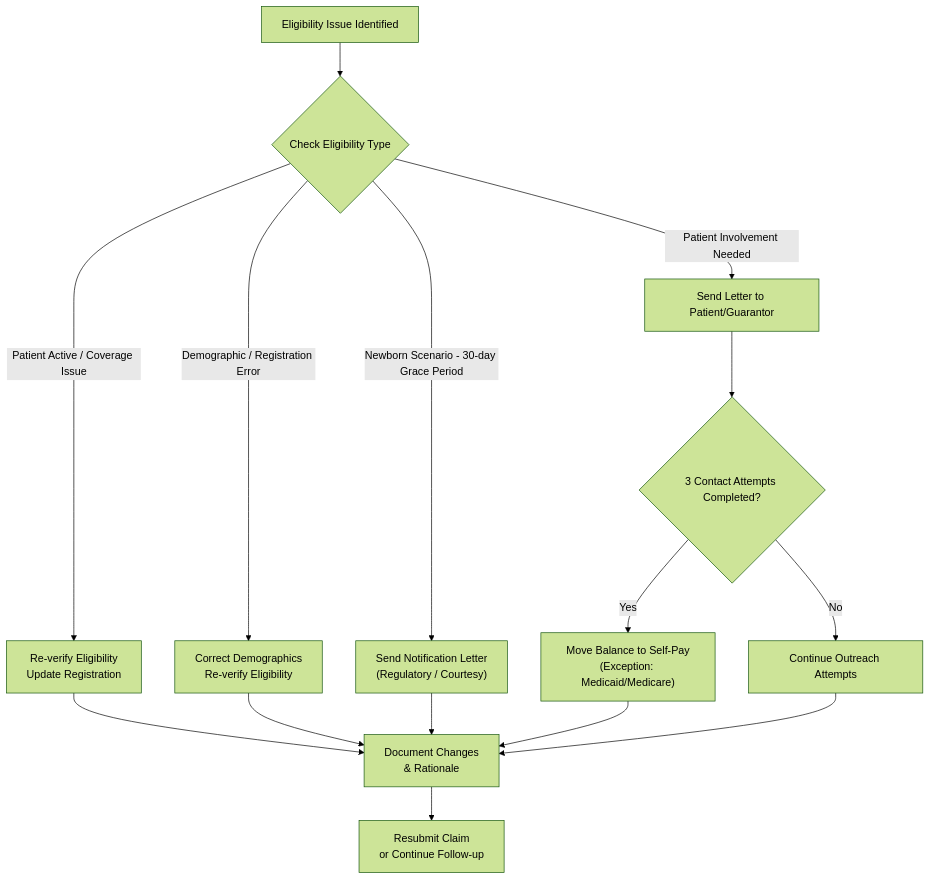
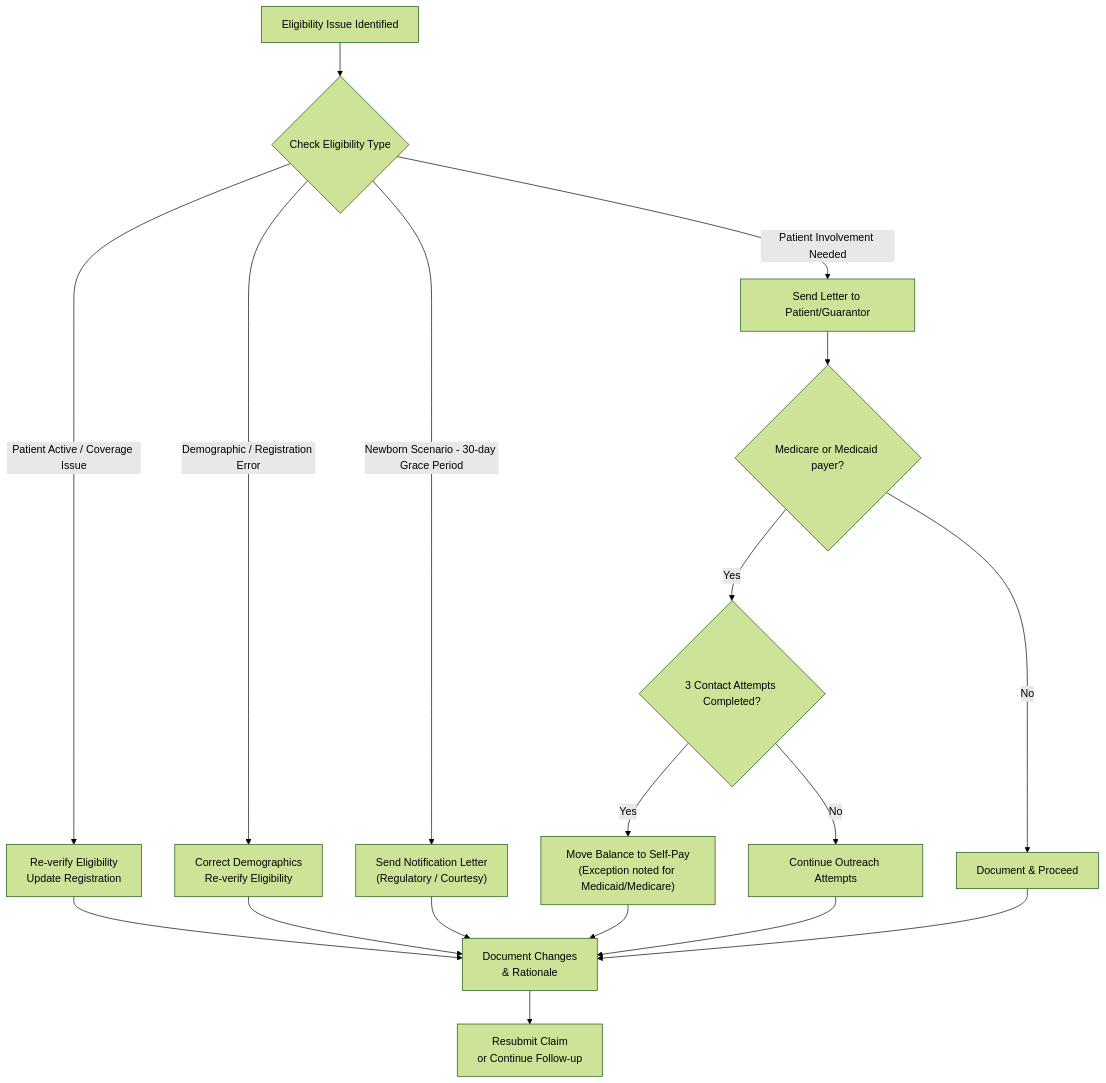
Before and after one commit to shainemeister/revenue-cycle-sop-and-workflow-framework: the first of 3 diagrams in workflows/registration-workflow.md, drawn with Mermaid (forest theme). The commit also changed other lines of this file, not shown here.

Commit message:
Update to v1.7: Made 3-contact attempt rule Medicare/Medicaid specific in Eligibility. Changed Authorization 'Update account...' to 'Document & Apply Account Note'. Removed Prevention and End nodes in Authorization. Updated version and Version History table.

````diff
--- a/workflows/registration-workflow.md
+++ b/workflows/registration-workflow.md
@@ -23,21 +23,25 @@
 ```mermaid
 flowchart TD
     A[Eligibility Issue Identified] --> B{Check Eligibility Type}
     
     B -->|Patient Active / Coverage Issue| B1["Re-verify Eligibility<br>Update Registration"]
     B -->|Demographic / Registration Error| B2["Correct Demographics<br>Re-verify Eligibility"]
     B -->|Newborn Scenario - 30-day Grace Period| B3["Send Notification Letter<br>(Regulatory / Courtesy)"]
     B -->|Patient Involvement Needed| B4["Send Letter to Patient/Guarantor"]
     
-    B4 --> B4a{3 Contact Attempts Completed?}
-    B4a -->|Yes| B4b["Move Balance to Self-Pay<br>(Exception: Medicaid/Medicare)"]
+    B4 --> PayerType{Medicare or Medicaid payer?}
+    PayerType -->|Yes| B4a{3 Contact Attempts Completed?}
+    PayerType -->|No| B4d[Document & Proceed]
+    
+    B4a -->|Yes| B4b["Move Balance to Self-Pay<br>(Exception noted for Medicaid/Medicare)"]
     B4a -->|No| B4c[Continue Outreach Attempts]
     
     B1 --> C["Document Changes<br>& Rationale"]
     B2 --> C
     B3 --> C
     B4b --> C
     B4c --> C
+    B4d --> C
     
     C --> D["Resubmit Claim<br>or Continue Follow-up"]
 ```
````
